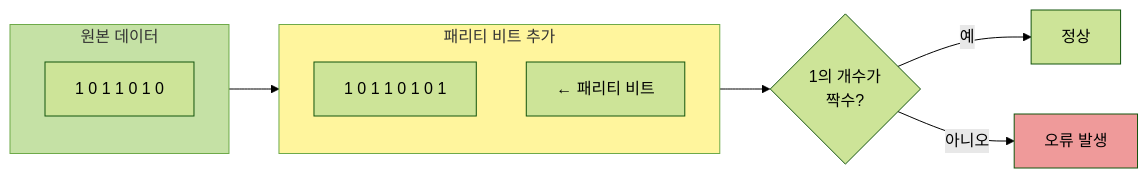
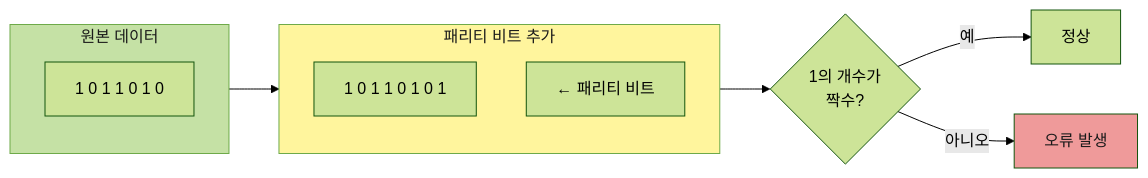
One commit to Cllaude99/cllaude99_labs changed the eighth of 9 diagrams in apps/devblog/content/posts/computer-architecture.mdx. Above: the diagram before and after it, drawn with Mermaid (forest theme). The commit also changed other lines of this file, not shown here.

Commit message:
fix: 컴퓨터 구조 글의 머메이드 다이어그램에 다크 모드 텍스트 색상 추가                                                           - 모든 다이어그램 style 정의에color:#1a1a1a 속성을 추가하여 다크 모드에서 글씨가 보이지 않는 문제를 수정했습니다.

````diff
--- a/apps/devblog/content/posts/computer-architecture.mdx
+++ b/apps/devblog/content/posts/computer-architecture.mdx
@@ -332,22 +332,22 @@
 ```mermaid
 graph LR
     subgraph Data["원본 데이터"]
         D["1 0 1 1 0 1 0"]
     end
 
     subgraph WithParity["패리티 비트 추가"]
         DP["1 0 1 1 0 1 0 1"]
         P["← 패리티 비트"]
     end
 
     Data --> WithParity
 
     Check{"1의 개수가<br/>짝수?"}
     WithParity --> Check
     Check -->|예| OK["정상"]
     Check -->|아니오| Error["오류 발생"]
 
-    style Data fill:#c5e1a5
-    style WithParity fill:#fff59d
-    style Error fill:#ef9a9a
+    style Data fill:#c5e1a5,color:#1a1a1a
+    style WithParity fill:#fff59d,color:#1a1a1a
+    style Error fill:#ef9a9a,color:#1a1a1a
 ```
````
